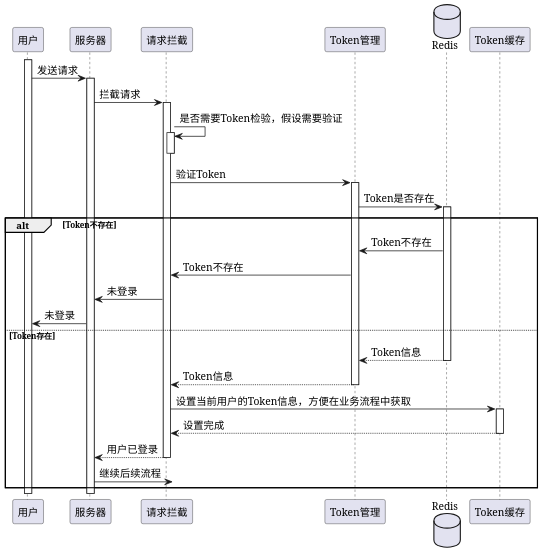
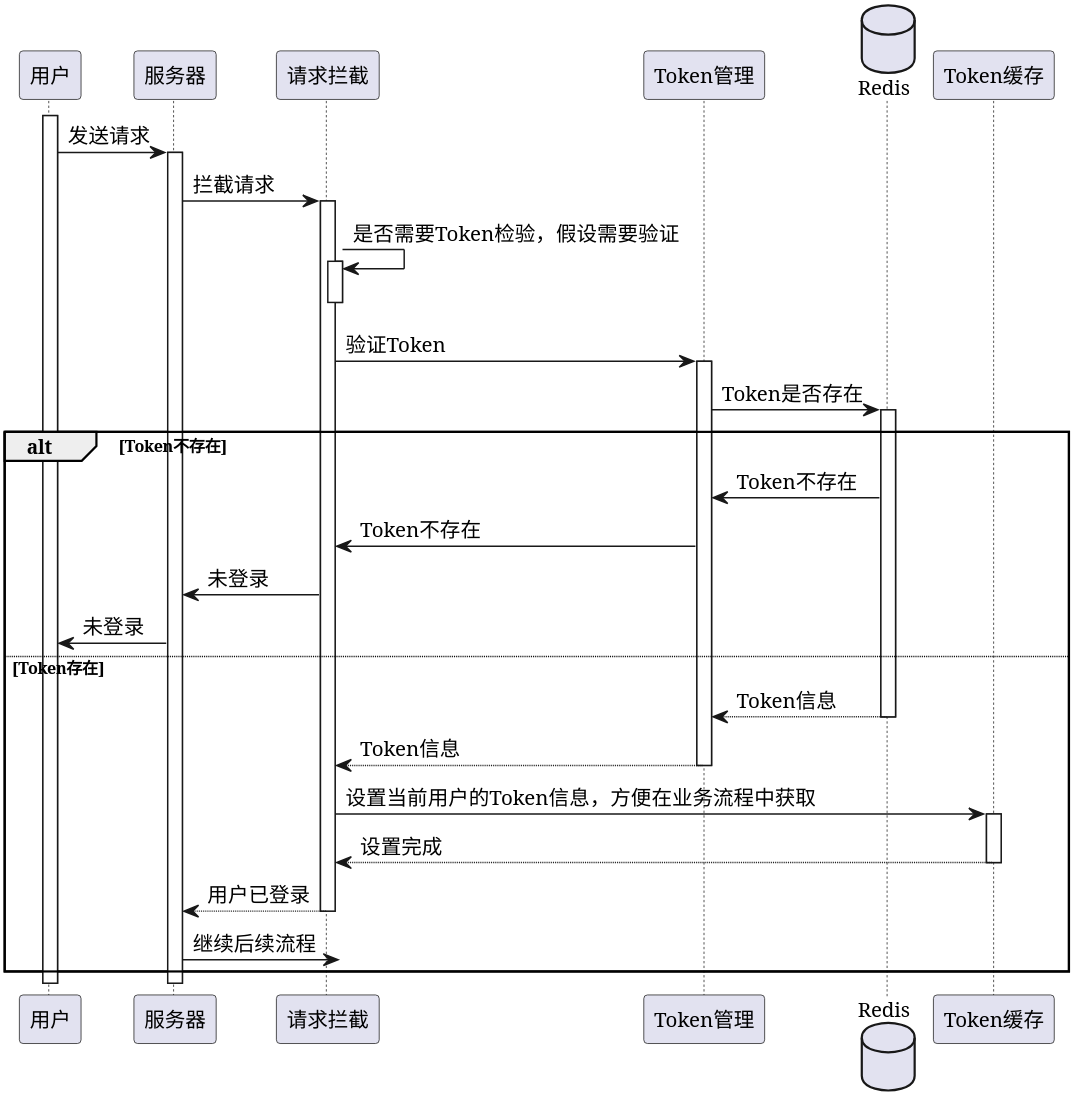
The diagram in uml/时序图/user/在线状态校验.puml (Etherealss/AskAnswer), drawn with PlantUML before and after one commit. The commit also changed 6 other files, not shown here.

```diff
--- a/uml/时序图/user/在线状态校验.puml
+++ b/uml/时序图/user/在线状态校验.puml
@@ -1,38 +1,39 @@
 @startuml
 'https://plantuml.com/sequence-diagram
 skinparam shadowing false
 skinparam defaultFontName xfonts-wqy
-skinparam dpi 150
+skinparam defaultFontName times
+skinparam dpi 300
 skinparam activity  {
     DiamondFontSize 14
     ArrowFontSize 14
     FontSize 14
 }
 
 participant 用户 as User
 participant 服务器 as Server
 participant 请求拦截 as AOP
 participant Token管理 as TokenService
 database Redis
 participant Token缓存 as CurUserTokenHolder
 
 activate User
 User -> Server ++: 发送请求
 Server -> AOP ++: 拦截请求
 AOP -> AOP ++--: 是否需要Token检验，假设需要验证
 AOP -> TokenService ++: 验证Token
 TokenService -> Redis++: Token是否存在
 alt Token不存在
     TokenService <- Redis: Token不存在
     AOP <- TokenService : Token不存在
     Server <- AOP: 未登录
     User <- Server: 未登录
 else Token存在
     return Token信息
     return Token信息
     AOP -> CurUserTokenHolder++: 设置当前用户的Token信息，方便在业务流程中获取
     return 设置完成
     return 用户已登录
     Server ->? :继续后续流程
 end
 @enduml
```
